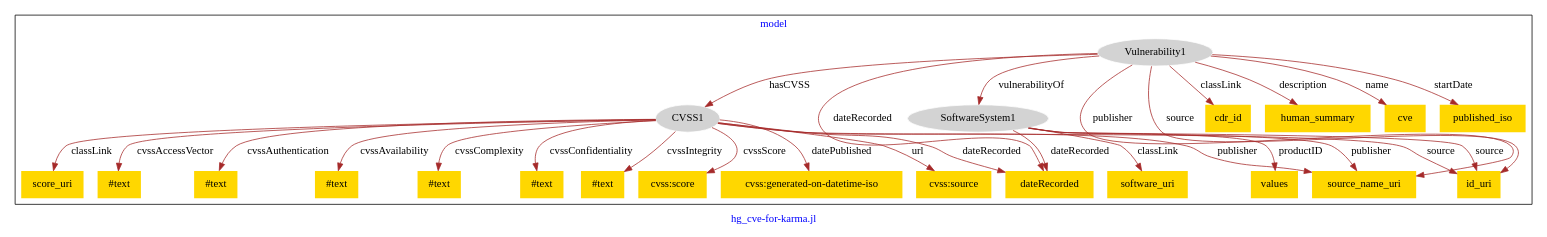
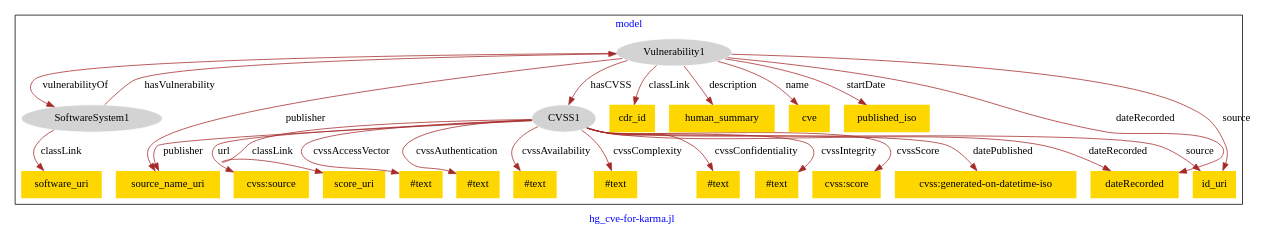
One commit to usc-isi-i2/effect-alignment changed the diagram in models/hg-cve/hg_cve-model.dot. Above: the diagram before and after it, drawn with Graphviz.

Commit message:
Update file hg_cve-model.dot

```diff
--- a/models/hg-cve/hg_cve-model.dot
+++ b/models/hg-cve/hg_cve-model.dot
@@ -1,57 +1,53 @@
 digraph n0 {
 fontcolor="blue"
 remincross="true"
 label="hg_cve-for-karma.jl"
 subgraph cluster {
 label="model"
 n2[style="filled",color="white",fillcolor="lightgray",label="CVSS1"];
 n3[shape="plaintext",style="filled",fillcolor="gold",label="score_uri"];
 n4[shape="plaintext",style="filled",fillcolor="gold",label="#text"];
 n5[shape="plaintext",style="filled",fillcolor="gold",label="#text"];
 n6[shape="plaintext",style="filled",fillcolor="gold",label="#text"];
 n7[shape="plaintext",style="filled",fillcolor="gold",label="#text"];
 n8[shape="plaintext",style="filled",fillcolor="gold",label="#text"];
 n9[shape="plaintext",style="filled",fillcolor="gold",label="#text"];
 n10[shape="plaintext",style="filled",fillcolor="gold",label="cvss:score"];
-n11[shape="plaintext",style="filled",fillcolor="gold",label="dateRecorded"];
-n12[shape="plaintext",style="filled",fillcolor="gold",label="cvss:generated-on-datetime-iso"];
+n11[shape="plaintext",style="filled",fillcolor="gold",label="cvss:generated-on-datetime-iso"];
+n12[shape="plaintext",style="filled",fillcolor="gold",label="source_name_uri"];
 n13[shape="plaintext",style="filled",fillcolor="gold",label="cvss:source"];
 n14[style="filled",color="white",fillcolor="lightgray",label="SoftwareSystem1"];
 n15[shape="plaintext",style="filled",fillcolor="gold",label="software_uri"];
-n16[shape="plaintext",style="filled",fillcolor="gold",label="values"];
-n17[shape="plaintext",style="filled",fillcolor="gold",label="source_name_uri"];
-n18[shape="plaintext",style="filled",fillcolor="gold",label="id_uri"];
-n19[style="filled",color="white",fillcolor="lightgray",label="Vulnerability1"];
-n20[shape="plaintext",style="filled",fillcolor="gold",label="cdr_id"];
-n21[shape="plaintext",style="filled",fillcolor="gold",label="human_summary"];
-n22[shape="plaintext",style="filled",fillcolor="gold",label="cve"];
-n23[shape="plaintext",style="filled",fillcolor="gold",label="published_iso"];
+n16[style="filled",color="white",fillcolor="lightgray",label="Vulnerability1"];
+n17[shape="plaintext",style="filled",fillcolor="gold",label="cdr_id"];
+n18[shape="plaintext",style="filled",fillcolor="gold",label="human_summary"];
+n19[shape="plaintext",style="filled",fillcolor="gold",label="cve"];
+n20[shape="plaintext",style="filled",fillcolor="gold",label="published_iso"];
+n21[shape="plaintext",style="filled",fillcolor="gold",label="dateRecorded"];
+n22[shape="plaintext",style="filled",fillcolor="gold",label="id_uri"];
 }
 n2 -> n3[color="brown",fontcolor="black",label="classLink"]
 n2 -> n4[color="brown",fontcolor="black",label="cvssAccessVector"]
 n2 -> n5[color="brown",fontcolor="black",label="cvssAuthentication"]
 n2 -> n6[color="brown",fontcolor="black",label="cvssAvailability"]
 n2 -> n7[color="brown",fontcolor="black",label="cvssComplexity"]
 n2 -> n8[color="brown",fontcolor="black",label="cvssConfidentiality"]
 n2 -> n9[color="brown",fontcolor="black",label="cvssIntegrity"]
 n2 -> n10[color="brown",fontcolor="black",label="cvssScore"]
-n2 -> n11[color="brown",fontcolor="black",label="dateRecorded"]
-n2 -> n12[color="brown",fontcolor="black",label="datePublished"]
+n2 -> n11[color="brown",fontcolor="black",label="datePublished"]
+n2 -> n12[color="brown",fontcolor="black",label="publisher"]
 n2 -> n13[color="brown",fontcolor="black",label="url"]
 n14 -> n15[color="brown",fontcolor="black",label="classLink"]
-n14 -> n11[color="brown",fontcolor="black",label="dateRecorded"]
-n14 -> n16[color="brown",fontcolor="black",label="productID"]
-n14 -> n17[color="brown",fontcolor="black",label="publisher"]
-n14 -> n18[color="brown",fontcolor="black",label="source"]
-n19 -> n20[color="brown",fontcolor="black",label="classLink"]
-n19 -> n11[color="brown",fontcolor="black",label="dateRecorded"]
-n19 -> n21[color="brown",fontcolor="black",label="description"]
-n19 -> n22[color="brown",fontcolor="black",label="name"]
-n19 -> n23[color="brown",fontcolor="black",label="startDate"]
-n19 -> n2[color="brown",fontcolor="black",label="hasCVSS"]
-n2 -> n18[color="brown",fontcolor="black",label="source"]
-n19 -> n14[color="brown",fontcolor="black",label="vulnerabilityOf"]
-n2 -> n17[color="brown",fontcolor="black",label="publisher"]
-n19 -> n17[color="brown",fontcolor="black",label="publisher"]
-n19 -> n18[color="brown",fontcolor="black",label="source"]
+n16 -> n17[color="brown",fontcolor="black",label="classLink"]
+n16 -> n18[color="brown",fontcolor="black",label="description"]
+n16 -> n19[color="brown",fontcolor="black",label="name"]
+n16 -> n12[color="brown",fontcolor="black",label="publisher"]
+n16 -> n20[color="brown",fontcolor="black",label="startDate"]
+n16 -> n2[color="brown",fontcolor="black",label="hasCVSS"]
+n14 -> n16[color="brown",fontcolor="black",label="hasVulnerability"]
+n16 -> n21[color="brown",fontcolor="black",label="dateRecorded"]
+n16 -> n14[color="brown",fontcolor="black",label="vulnerabilityOf"]
+n2 -> n21[color="brown",fontcolor="black",label="dateRecorded"]
+n2 -> n22[color="brown",fontcolor="black",label="source"]
+n16 -> n22[color="brown",fontcolor="black",label="source"]
 }
```
